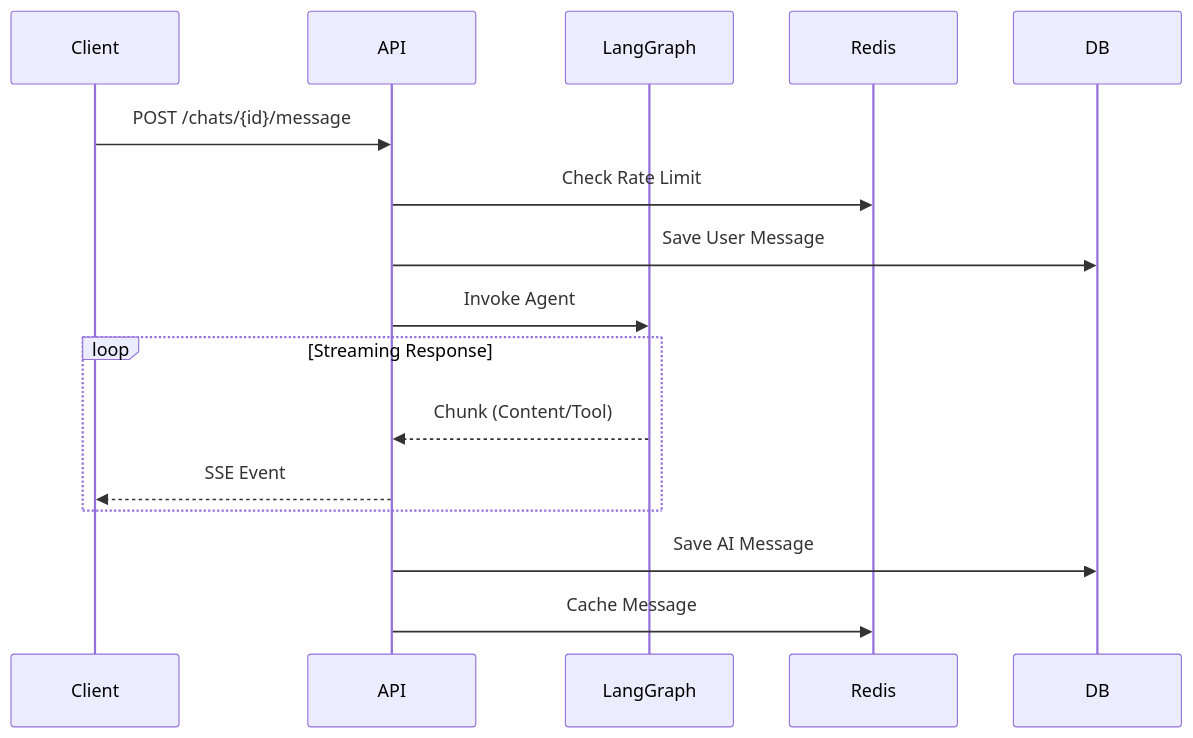
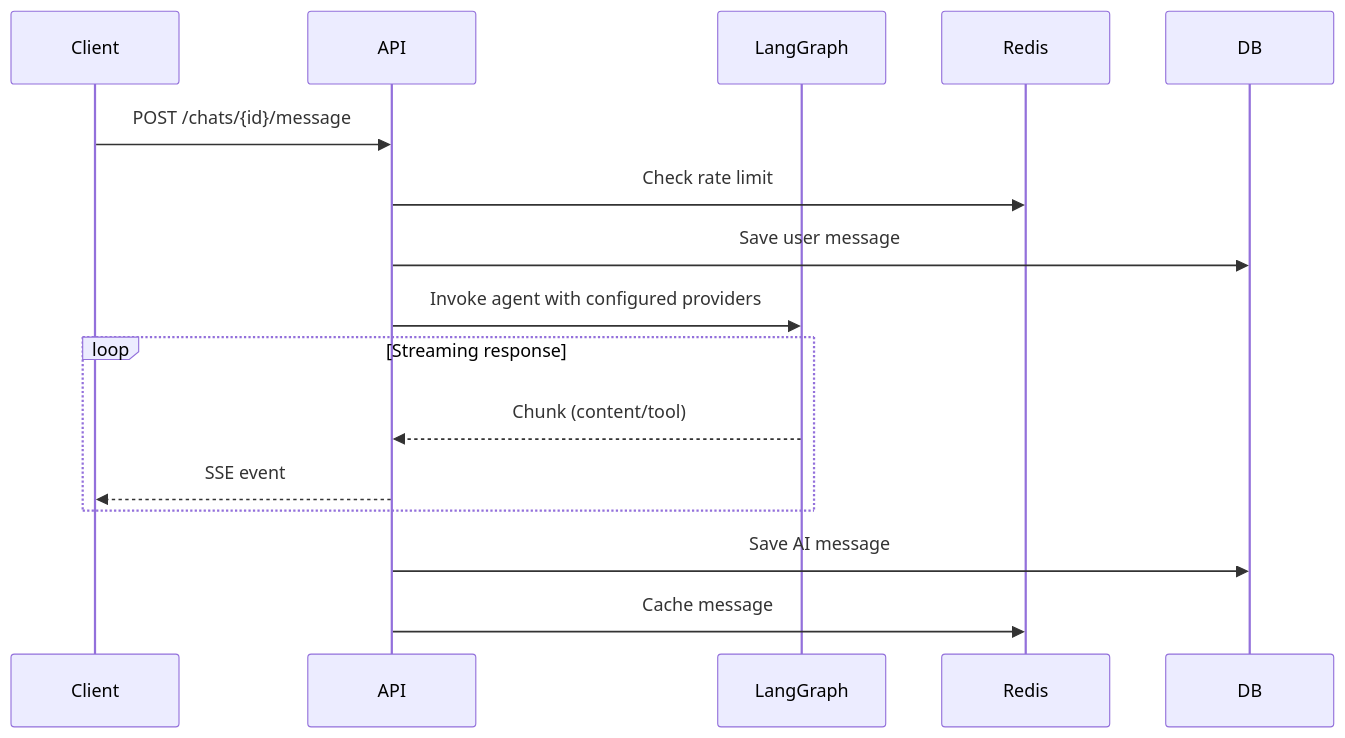
The third of 5 diagrams in ARCHITECTURE.md (princepal9120/Perception), drawn with Mermaid before and after one commit. The commit also changed other lines of this file and 4 other files, not shown here.

Commit message:
feat: Add issue templates for bug reports and feature requests; enhance pull request template and update architecture documentation

````diff
--- a/ARCHITECTURE.md
+++ b/ARCHITECTURE.md
@@ -104,21 +155,21 @@
 ```mermaid
 sequenceDiagram
     participant Client
     participant API
     participant LangGraph
     participant Redis
     participant DB
 
     Client->>API: POST /chats/{id}/message
-    API->>Redis: Check Rate Limit
-    API->>DB: Save User Message
-    API->>LangGraph: Invoke Agent
-    
-    loop Streaming Response
-        LangGraph-->>API: Chunk (Content/Tool)
-        API-->>Client: SSE Event
+    API->>Redis: Check rate limit
+    API->>DB: Save user message
+    API->>LangGraph: Invoke agent with configured providers
+
+    loop Streaming response
+        LangGraph-->>API: Chunk (content/tool)
+        API-->>Client: SSE event
     end
-    
-    API->>DB: Save AI Message
-    API->>Redis: Cache Message
+
+    API->>DB: Save AI message
+    API->>Redis: Cache message
 ```
````
